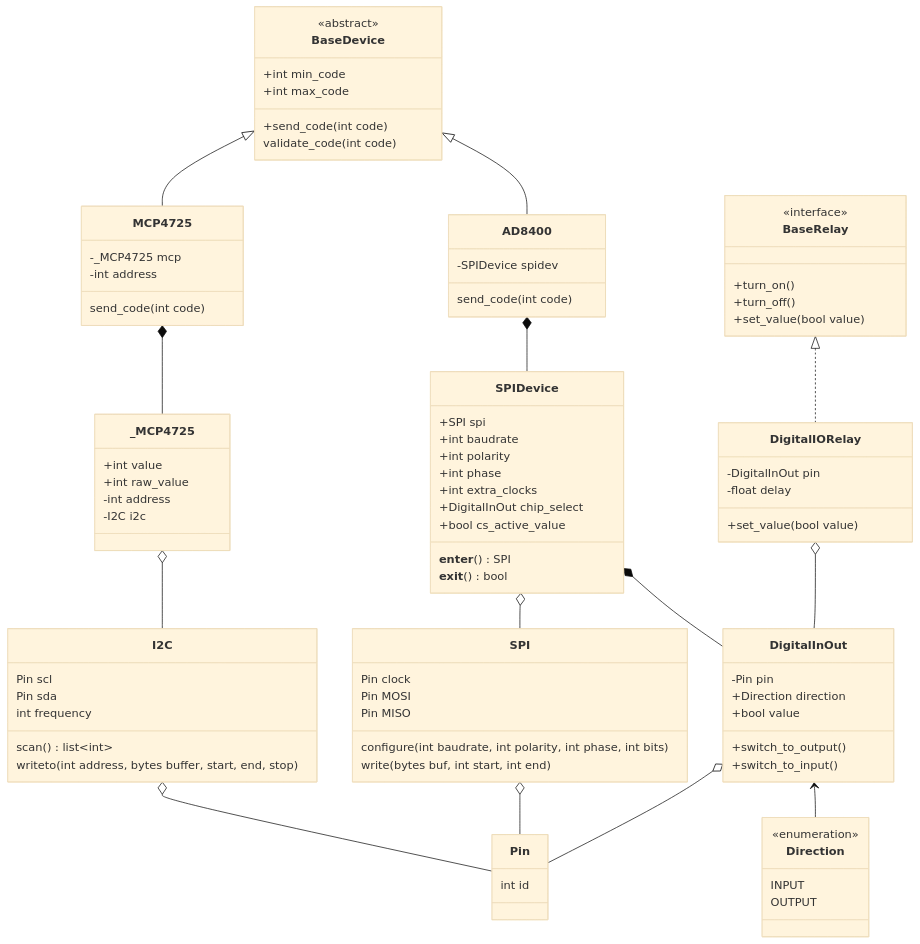
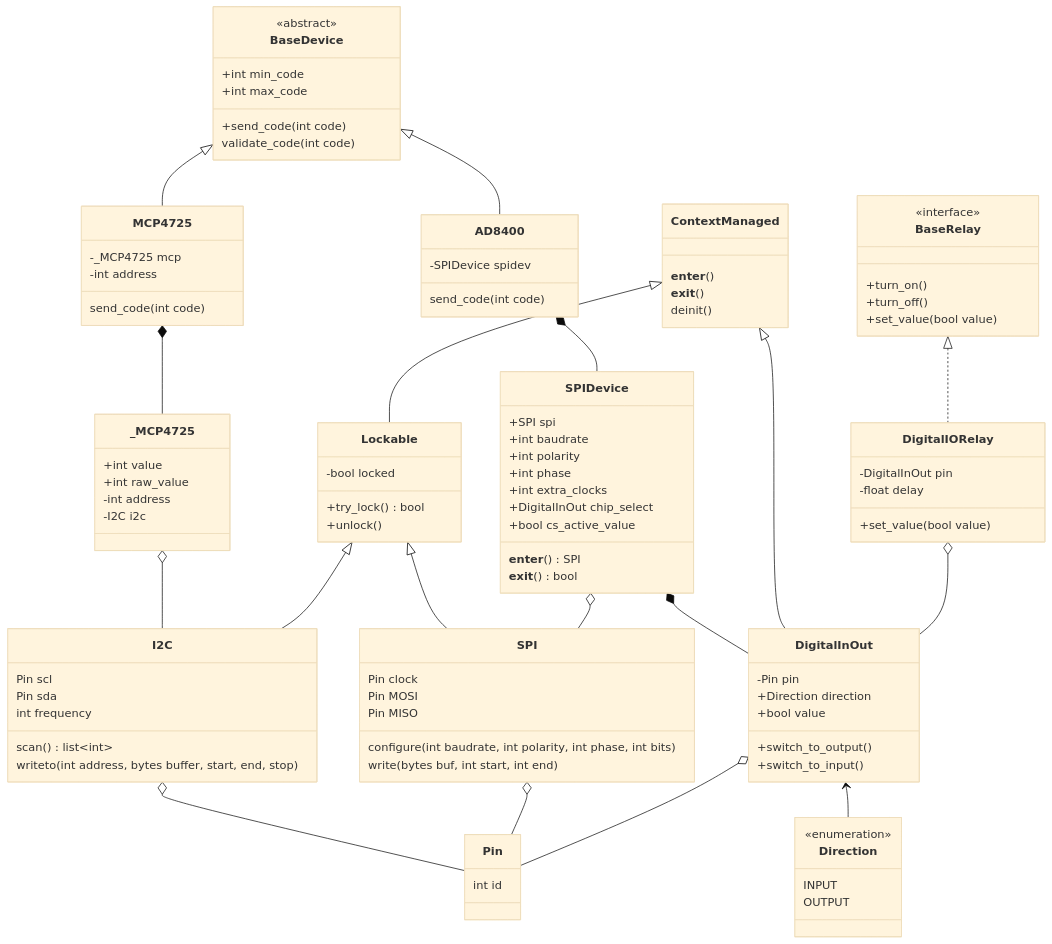
The first of 7 diagrams in data/diagrams/диаграмма классов.md (Marik28/dissertation), drawn with Mermaid (base theme) before and after one commit. The commit also changed other lines of this file and 12 other files, not shown here.

```diff
--- a/data/diagrams/диаграмма классов.md
+++ b/data/diagrams/диаграмма классов.md
@@ -89,15 +89,31 @@
         int id
     }
    
+    class Lockable {
+        -bool locked 
+        +try_lock() bool
+        +unlock() 
+    }
+    
+    class ContextManaged {
+        __enter__() 
+        __exit__()
+        deinit() 
+    }
+   
+    _MCP4725 o-- I2C
+    Lockable <|-- I2C
+    Lockable <|-- SPI
+    ContextManaged <|-- Lockable
     BaseDevice <|-- AD8400
     BaseDevice <|-- MCP4725
     DigitalInOut <-- Direction 
     AD8400 *-- SPIDevice
     SPIDevice o-- SPI
+    SPIDevice *-- DigitalInOut
+    ContextManaged <|-- DigitalInOut
     MCP4725 *-- _MCP4725
-    _MCP4725 o-- I2C
     BaseRelay <|.. DigitalIORelay
-    SPIDevice *-- DigitalInOut
     DigitalIORelay o-- DigitalInOut
     I2C o-- Pin
     SPI o-- Pin
```
